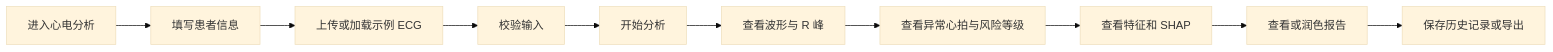
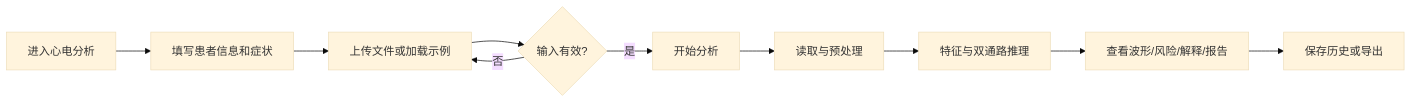
One commit to shyzwh/ecg-auxiliary-screening changed the second of 4 diagrams in docs/设计文档.md. Above: the diagram before and after it, drawn with Mermaid (base theme). The commit also changed other lines of this file and 7 other files, not shown here.

````diff
--- a/docs/设计文档.md
+++ b/docs/设计文档.md
@@ -60,12 +74,12 @@
 ```mermaid
 flowchart LR
-    A[进入心电分析] --> B[填写患者信息]
-    B --> C[上传或加载示例 ECG]
-    C --> D[校验输入]
-    D --> E[开始分析]
-    E --> F[查看波形与 R 峰]
-    F --> G[查看异常心拍与风险等级]
-    G --> H[查看特征和 SHAP]
-    H --> I[查看或润色报告]
-    I --> J[保存历史记录或导出]
+    A[进入心电分析] --> B[填写患者信息和症状]
+    B --> C[上传文件或加载示例]
+    C --> D{输入有效?}
+    D -- 否 --> C
+    D -- 是 --> E[开始分析]
+    E --> F[读取与预处理]
+    F --> G[特征与双通路推理]
+    G --> H[查看波形/风险/解释/报告]
+    H --> I[保存历史或导出]
 ```
````
